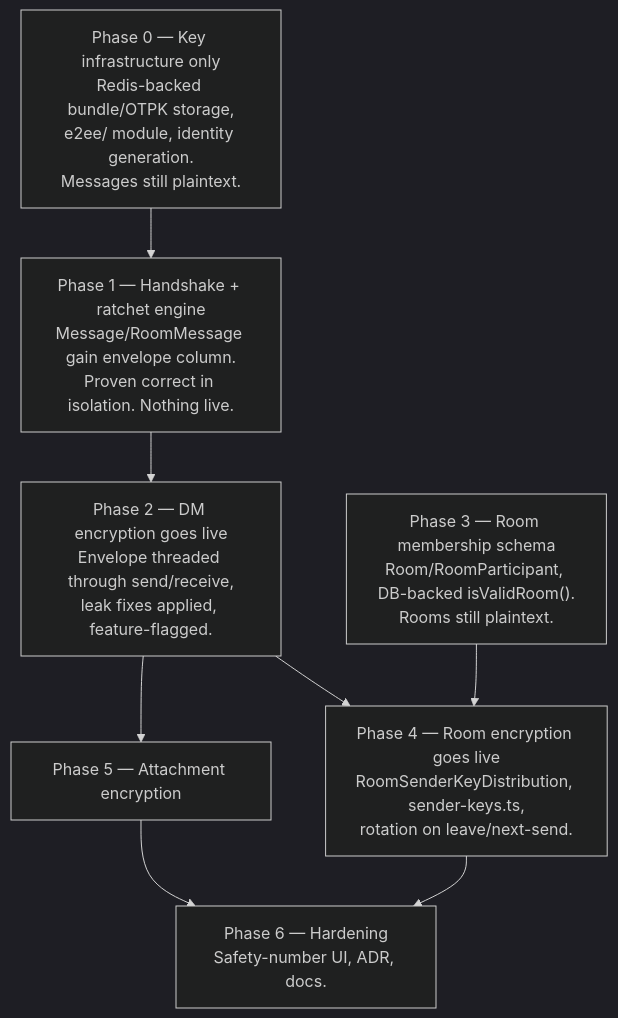
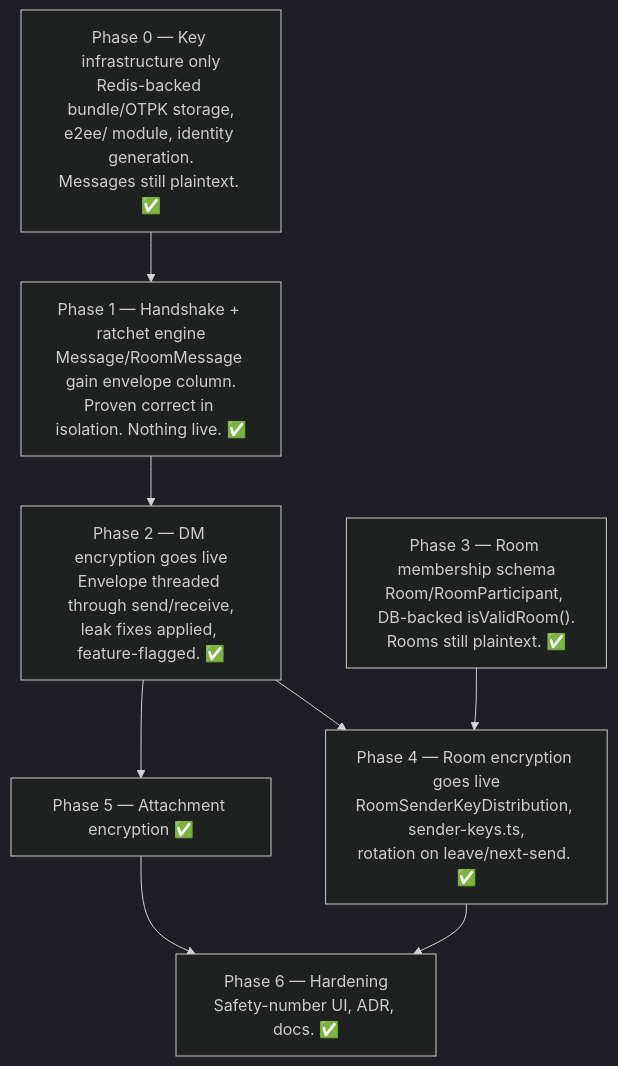
The diagram in docs/progress/end-2-end.md (KaratayBerkay/nest-next-stack-boilerplate), drawn with Mermaid (dark theme) before and after one commit. The commit also changed other lines of this file and 96 other files, not shown here.

First line of the commit message:
feat: end-to-end encryption for chat (DMs + rooms) — phases 0-6

````diff
--- a/docs/progress/end-2-end.md
+++ b/docs/progress/end-2-end.md
@@ -233,17 +233,17 @@
 ```mermaid
 flowchart TD
-    P0["Phase 0 — Key infrastructure only\nRedis-backed bundle/OTPK storage,\ne2ee/ module, identity generation.\nMessages still plaintext."]
-    P1["Phase 1 — Handshake + ratchet engine\nMessage/RoomMessage gain envelope column.\nProven correct in isolation. Nothing live."]
-    P2["Phase 2 — DM encryption goes live\nEnvelope threaded through send/receive,\nleak fixes applied, feature-flagged."]
-    P3["Phase 3 — Room membership schema\nRoom/RoomParticipant, DB-backed isValidRoom().\nRooms still plaintext."]
-    P4["Phase 4 — Room encryption goes live\nRoomSenderKeyDistribution, sender-keys.ts,\nrotation on leave/next-send."]
-    P5["Phase 5 — Attachment encryption"]
-    P6["Phase 6 — Hardening\nSafety-number UI, ADR, docs."]
+    P0["Phase 0 — Key infrastructure only\nRedis-backed bundle/OTPK storage,\ne2ee/ module, identity generation.\nMessages still plaintext. ✅"]
+    P1["Phase 1 — Handshake + ratchet engine\nMessage/RoomMessage gain envelope column.\nProven correct in isolation. Nothing live. ✅"]
+    P2["Phase 2 — DM encryption goes live\nEnvelope threaded through send/receive,\nleak fixes applied, feature-flagged. ✅"]
+    P3["Phase 3 — Room membership schema\nRoom/RoomParticipant, DB-backed isValidRoom().\nRooms still plaintext. ✅"]
+    P4["Phase 4 — Room encryption goes live\nRoomSenderKeyDistribution, sender-keys.ts,\nrotation on leave/next-send. ✅"]
+    P5["Phase 5 — Attachment encryption ✅"]
+    P6["Phase 6 — Hardening\nSafety-number UI, ADR, docs. ✅"]
 
     P0 --> P1 --> P2
     P2 --> P4
     P3 --> P4
     P2 --> P5
     P4 --> P6
     P5 --> P6
 ```
````
